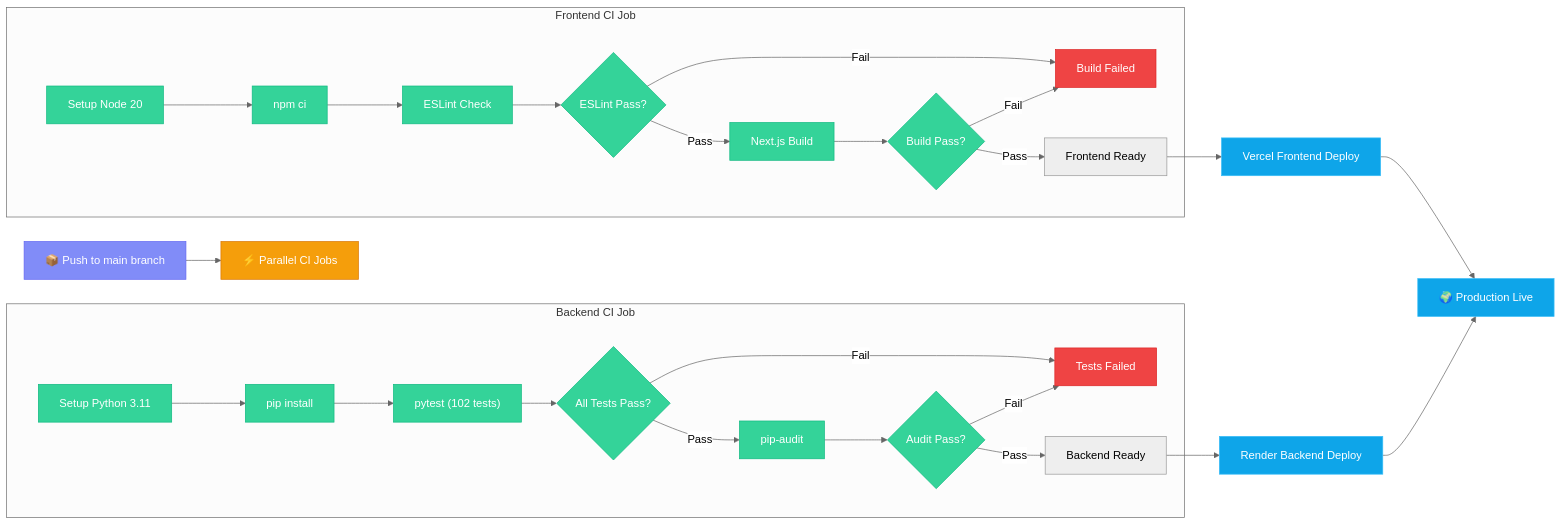
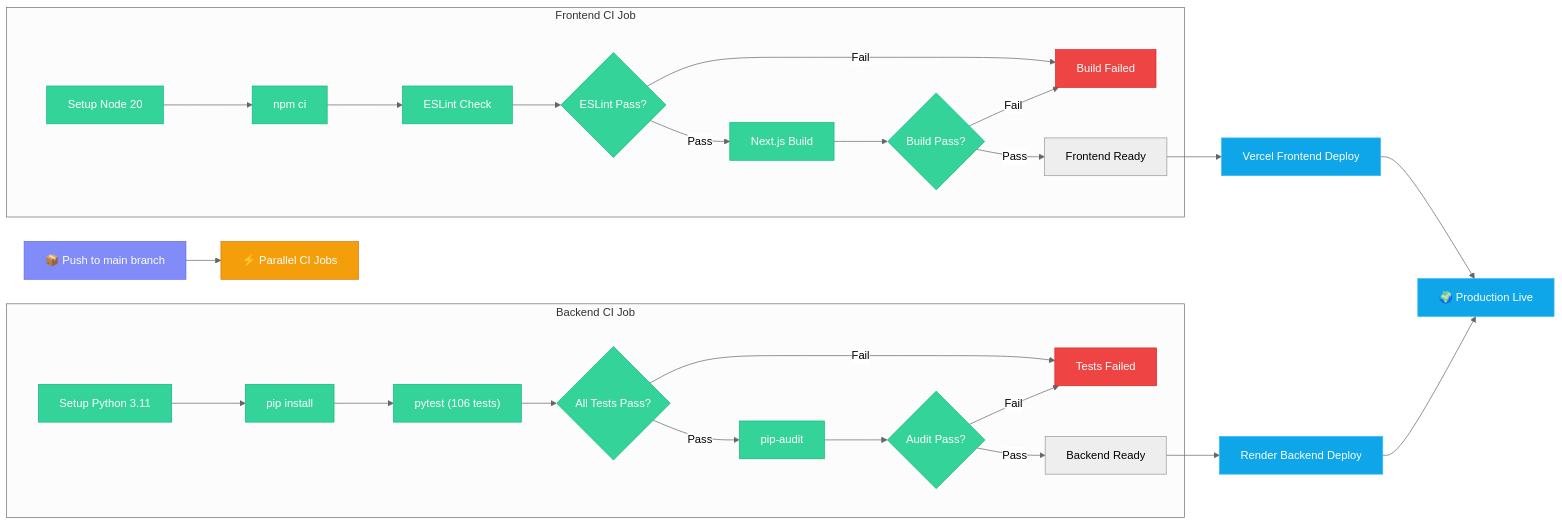
Diagram 33 of 34 in ARCHITECTURE.md (Anil-Pradhan-web/ai-career-mentor), drawn with Mermaid (neutral theme) before and after one commit. The commit also changed other lines of this file, not shown here.

Commit message:
docs: sync Section 18 CI test count with pytest execution

````diff
--- a/ARCHITECTURE.md
+++ b/ARCHITECTURE.md
@@ -1940,50 +1940,50 @@
 ```mermaid
 flowchart LR
     classDef trigger fill:#818cf8,color:#fff,stroke:#6366f1
     classDef job fill:#f59e0b,color:#fff,stroke:#d97706
     classDef step fill:#34d399,color:#fff,stroke:#10b981
     classDef deploy fill:#0ea5e9,color:#fff,stroke:#38bdf8
     classDef fail fill:#ef4444,color:#fff,stroke:#dc2626
 
     TRIGGER["📦 Push to main branch"]
     
     TRIGGER --> PARALLEL["⚡ Parallel CI Jobs"]
     
     subgraph "Frontend CI Job"
         F1["Setup Node 20"]
         F1 --> F2["npm ci"]
         F2 --> F3["ESLint Check"]
         F3 --> F4{"ESLint Pass?"}
         F4 -->|"Fail"| FAIL_F["Build Failed"]
         F4 -->|"Pass"| F5["Next.js Build"]
         F5 --> F6{"Build Pass?"}
         F6 -->|"Fail"| FAIL_F
         F6 -->|"Pass"| FE_DONE["Frontend Ready"]
     end
     
     subgraph "Backend CI Job"
         B1["Setup Python 3.11"]
         B1 --> B2["pip install"]
-        B2 --> B3["pytest (102 tests)"]
+        B2 --> B3["pytest (106 tests)"]
         B3 --> B4{"All Tests Pass?"}
         B4 -->|"Fail"| FAIL_B["Tests Failed"]
         B4 -->|"Pass"| B5["pip-audit"]
         B5 --> B6{"Audit Pass?"}
         B6 -->|"Fail"| FAIL_B
         B6 -->|"Pass"| BE_DONE["Backend Ready"]
     end
     
     FE_DONE --> DEPLOY_F["Vercel Frontend Deploy"]
     BE_DONE --> DEPLOY_B["Render Backend Deploy"]
     
     DEPLOY_F --> PROD["🌍 Production Live"]
     DEPLOY_B --> PROD
 
     class TRIGGER trigger
     class PARALLEL job
     class F1,F2,F3,F4,F5,F6 step
     class B1,B2,B3,B4,B5,B6 step
     class DEPLOY_F,DEPLOY_B deploy
     class PROD deploy
     class FAIL_F,FAIL_B fail
 ```
````
